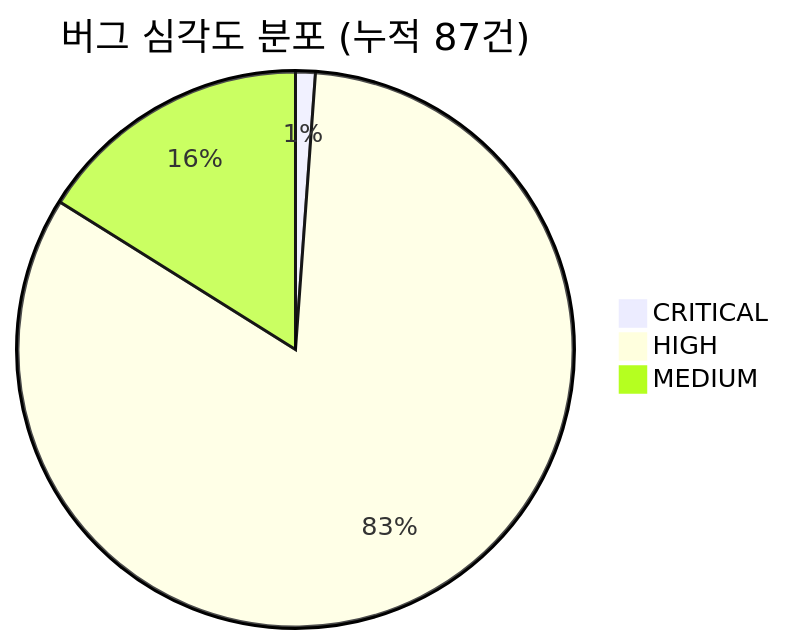
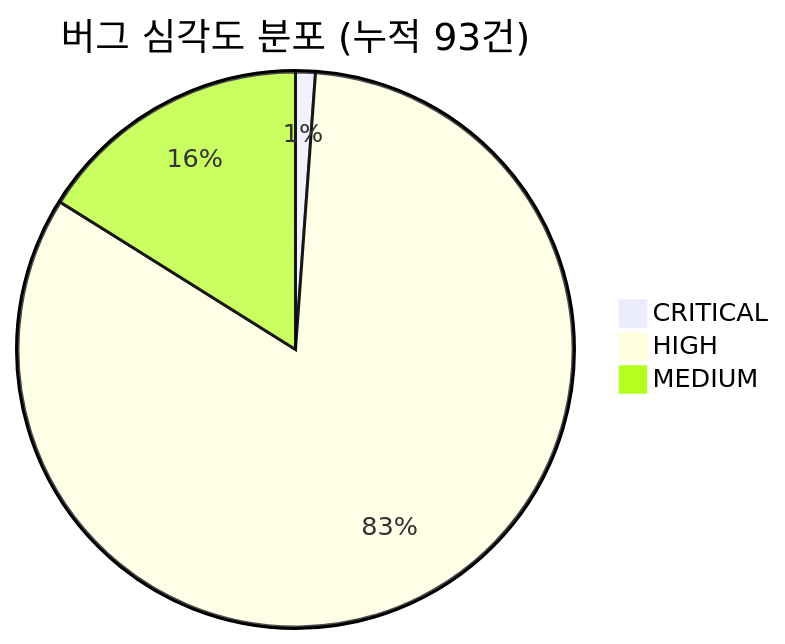
One commit to sun475300-sudo/Swarm-control-in-sc2bot changed diagram 20 of 31 in README.md. Above: the diagram before and after it, drawn with Mermaid. The commit also changed other lines of this file and 1 other file, not shown here.

````diff
--- a/README.md
+++ b/README.md
@@ -595,6 +595,6 @@
 ```mermaid
-pie title 버그 심각도 분포 (누적 87건)
+pie title 버그 심각도 분포 (누적 93건)
     "CRITICAL" : 1
     "HIGH" : 72
     "MEDIUM" : 14
 ```
````
